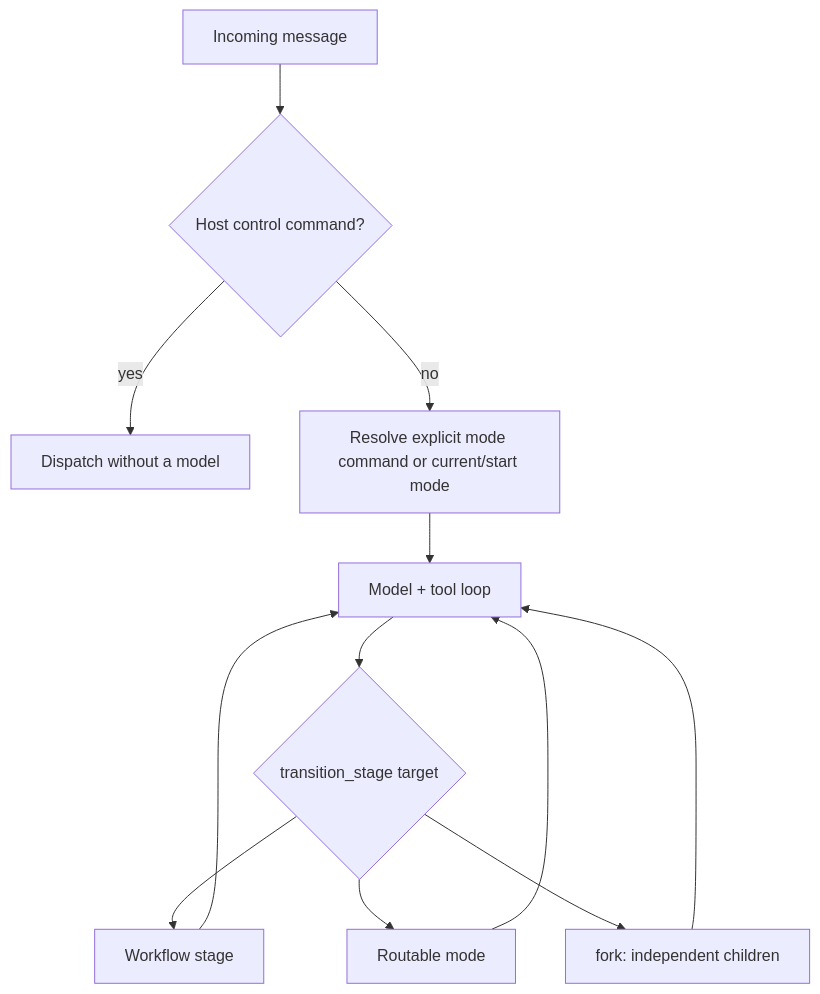
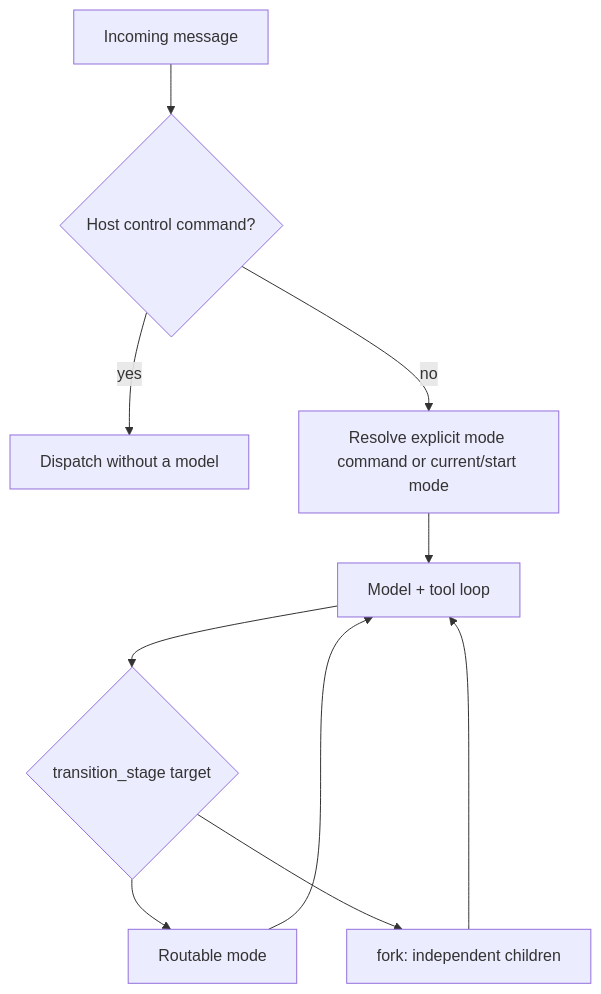
One commit to Lisa-Harness/lisa changed the diagram in docs/ROUTER_DESIGN.md. Above: the diagram before and after it, drawn with Mermaid. The commit also changed other lines of this file and 29 other files, not shown here.

````diff
--- a/docs/ROUTER_DESIGN.md
+++ b/docs/ROUTER_DESIGN.md
@@ -24,14 +24,12 @@
 ```mermaid
 flowchart TD
     Message["Incoming message"] --> Control{"Host control command?"}
     Control -->|yes| Command["Dispatch without a model"]
     Control -->|no| Mode["Resolve explicit mode command or current/start mode"]
     Mode --> Loop["Model + tool loop"]
     Loop --> Target{"transition_stage target"}
-    Target --> Stage["Workflow stage"]
     Target --> Handoff["Routable mode"]
     Target --> Fork["fork: independent children"]
-    Stage --> Loop
     Handoff --> Loop
     Fork --> Loop
 ```
````
